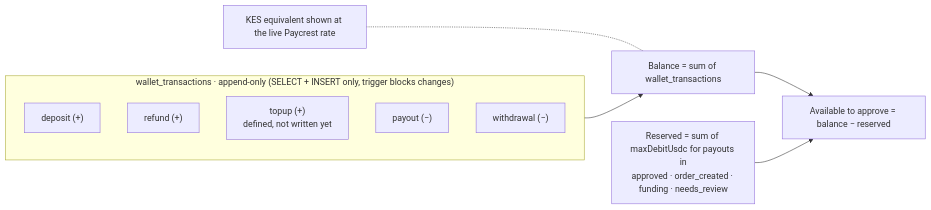
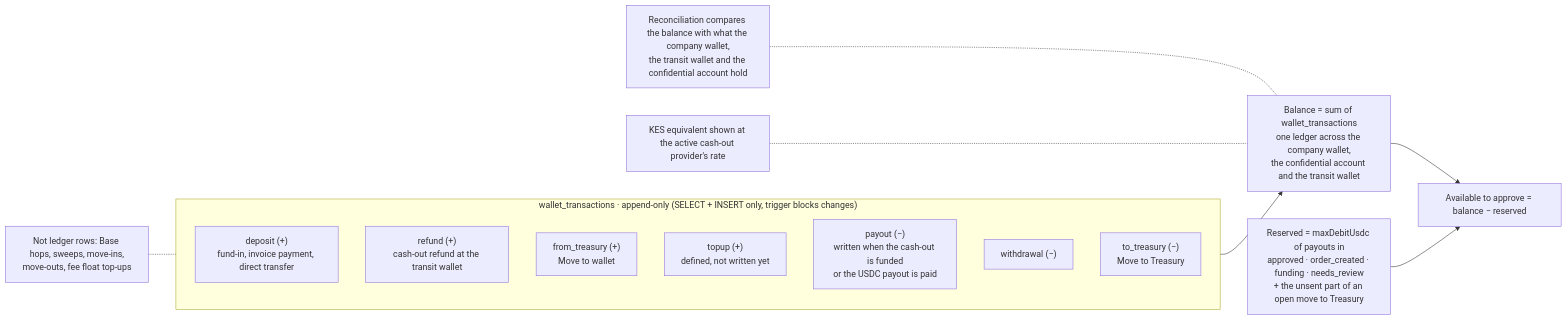
The diagram in docs/architecture/src/10-wallet-ledger.mmd (Expendi/Expendi-business), drawn with Mermaid before and after one commit. The commit also changed 32 other files, not shown here.

First line of the commit message:
docs: redraw the architecture diagrams for NEAR and confidential accounts

```diff
--- a/docs/architecture/src/10-wallet-ledger.mmd
+++ b/docs/architecture/src/10-wallet-ledger.mmd
@@ -1,14 +1,19 @@
 flowchart LR
   subgraph Ledger["wallet_transactions · append-only (SELECT + INSERT only, trigger blocks changes)"]
-    C1["deposit (+)"]
-    C2["refund (+)"]
-    C3["topup (+)<br/>defined, not written yet"]
-    D1["payout (−)"]
+    C1["deposit (+)<br/>fund-in, invoice payment, direct transfer"]
+    C2["refund (+)<br/>cash-out refund at the transit wallet"]
+    C3["from_treasury (+)<br/>Move to wallet"]
+    C4["topup (+)<br/>defined, not written yet"]
+    D1["payout (−)<br/>written when the cash-out is funded<br/>or the USDC payout is paid"]
     D2["withdrawal (−)"]
+    D3["to_treasury (−)<br/>Move to Treasury"]
   end
-  BAL["Balance = sum of wallet_transactions"]
-  RES["Reserved = sum of maxDebitUsdc for payouts in<br/>approved · order_created · funding · needs_review"]
+  NOT["Not ledger rows: Base hops, sweeps, move-ins,<br/>move-outs, fee float top-ups"]
+  BAL["Balance = sum of wallet_transactions<br/>one ledger across the company wallet,<br/>the confidential account and the transit wallet"]
+  RES["Reserved = maxDebitUsdc of payouts in<br/>approved · order_created · funding · needs_review<br/>+ the unsent part of an open move to Treasury"]
   AV["Available to approve = balance − reserved"]
   Ledger --> BAL --> AV
   RES --> AV
-  KES["KES equivalent shown at the live Paycrest rate"] -.- BAL
+  CHK["Reconciliation compares the balance with what the company wallet,<br/>the transit wallet and the confidential account hold"] -.- BAL
+  KES["KES equivalent shown at the active cash-out provider's rate"] -.- BAL
+  NOT -.- Ledger
```
